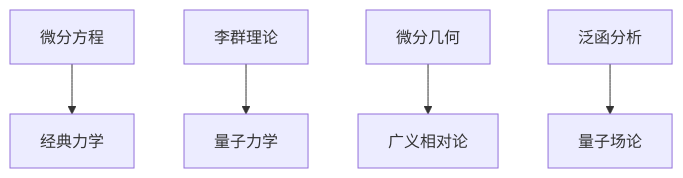
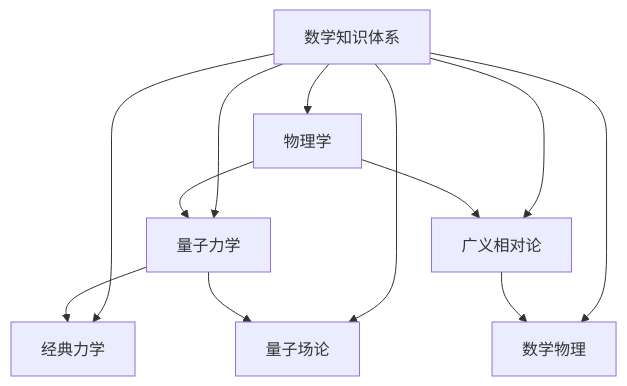
Before and after one commit to AdaMartin18010/Mathematics: diagram 11 of 16 in Math/Refactor/09-项目总览/05-Knowledge_Graphs_and_Mappings/数学知识体系映射.md, drawn with Mermaid. The commit also changed other lines of this file and 28 other files, not shown here.

````diff
--- a/Math/Refactor/09-项目总览/05-Knowledge_Graphs_and_Mappings/数学知识体系映射.md
+++ b/Math/Refactor/09-项目总览/05-Knowledge_Graphs_and_Mappings/数学知识体系映射.md
@@ -209,7 +263,15 @@
 ```mermaid
 graph TD
-    MP1[微分方程] --> MP2[经典力学]
-    MP3[李群理论] --> MP4[量子力学]
-    MP5[微分几何] --> MP6[广义相对论]
-    MP7[泛函分析] --> MP8[量子场论]
+    A[数学知识体系] --> B[物理学]
+    A --> C[量子力学]
+    A --> D[广义相对论]
+    A --> E[经典力学]
+    A --> F[量子场论]
+    A --> G[数学物理]
+    
+    B --> C
+    B --> D
+    C --> E
+    C --> F
+    D --> G
 ```
````
